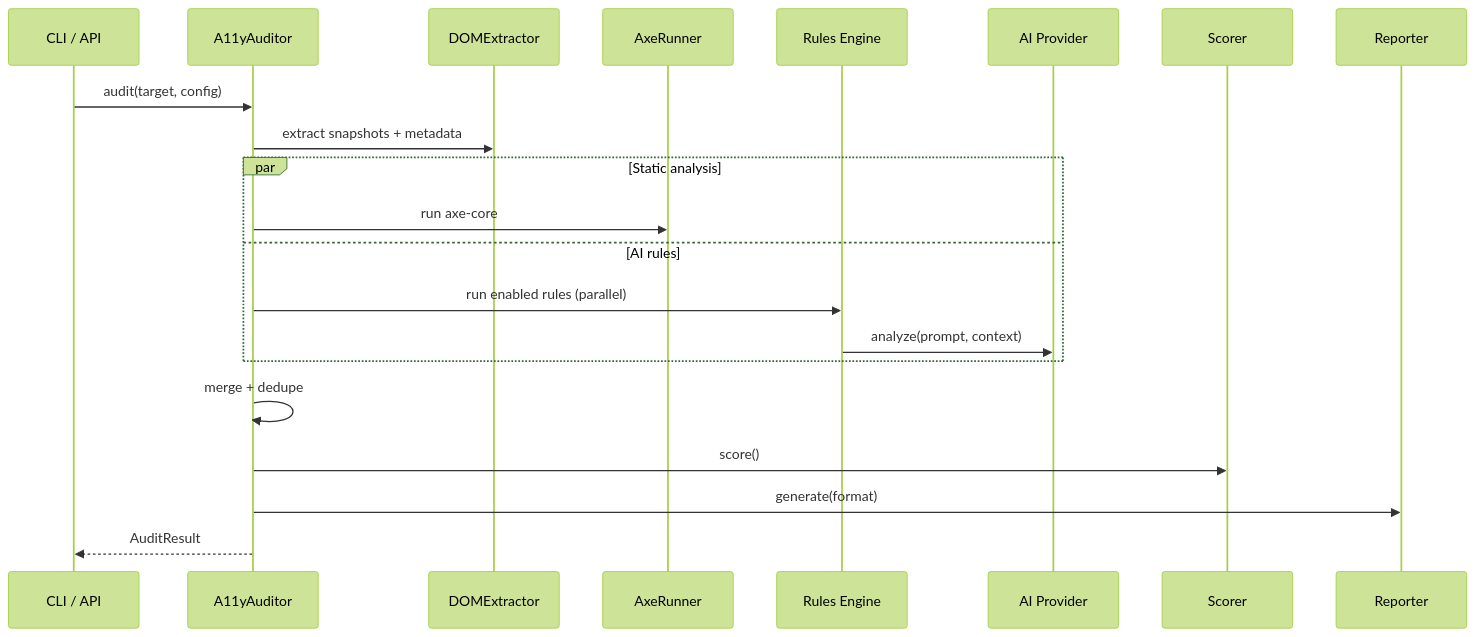
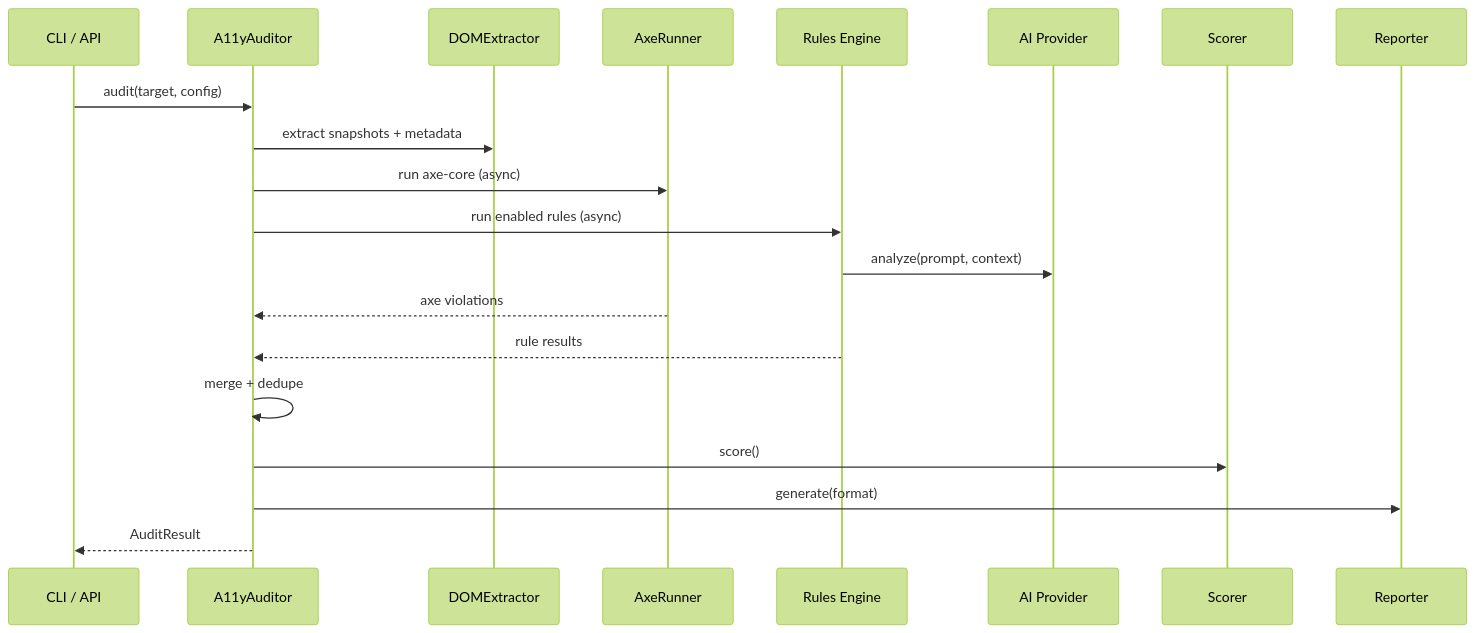
One commit to vudayagirivaibhav/a11y-ai changed the second of 2 diagrams in README.md. Above: the diagram before and after it, drawn with Mermaid (forest theme). The commit also changed other lines of this file, not shown here.

Commit message:
docs: fix mermaid diagrams for GitHub rendering

````diff
--- a/README.md
+++ b/README.md
@@ -88,24 +88,23 @@
 ```mermaid
 sequenceDiagram
   participant CLI as CLI / API
   participant AUD as A11yAuditor
   participant EXT as DOMExtractor
   participant AXE as AxeRunner
   participant R as Rules Engine
   participant AI as AI Provider
   participant S as Scorer
   participant REP as Reporter
 
   CLI->>AUD: audit(target, config)
   AUD->>EXT: extract snapshots + metadata
-  par Static analysis
-    AUD->>AXE: run axe-core
-  and AI rules
-    AUD->>R: run enabled rules (parallel)
-    R->>AI: analyze(prompt, context)
-  end
+  AUD->>AXE: run axe-core (async)
+  AUD->>R: run enabled rules (async)
+  R->>AI: analyze(prompt, context)
+  AXE-->>AUD: axe violations
+  R-->>AUD: rule results
   AUD->>AUD: merge + dedupe
   AUD->>S: score()
   AUD->>REP: generate(format)
   AUD-->>CLI: AuditResult
 ```
````
